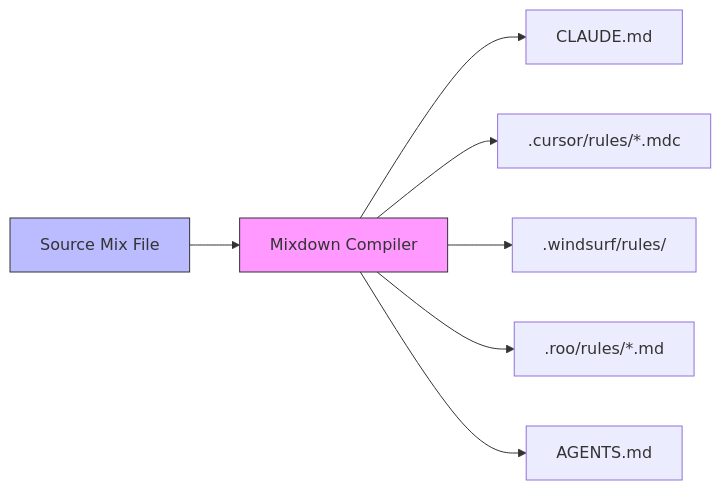
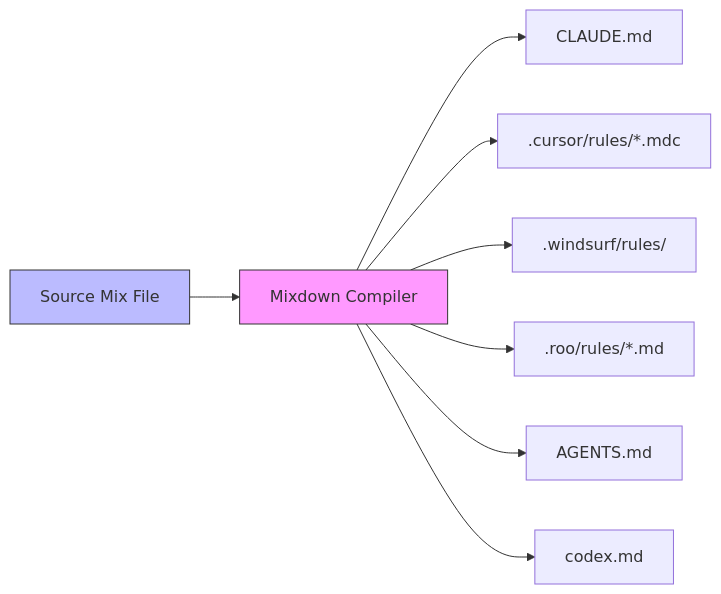
The ninth of 10 diagrams in notes/ai-rules-guide.md (outfitter-dev/rulesets), drawn with Mermaid before and after one commit. The commit also changed other lines of this file and 2 other files, not shown here.

````diff
--- a/notes/ai-rules-guide.md
+++ b/notes/ai-rules-guide.md
@@ -496,12 +556,13 @@
 ```mermaid
 flowchart LR
     A[Source Mix File] --> B[Mixdown Compiler]
     B --> C[CLAUDE.md]
     B --> D[.cursor/rules/*.mdc]
     B --> E[.windsurf/rules/]
     B --> F[.roo/rules/*.md]
     B --> G[AGENTS.md]
+    B --> H[codex.md]
     
     style A fill:#bbf,stroke:#333
     style B fill:#f9f,stroke:#333
 ```
````
